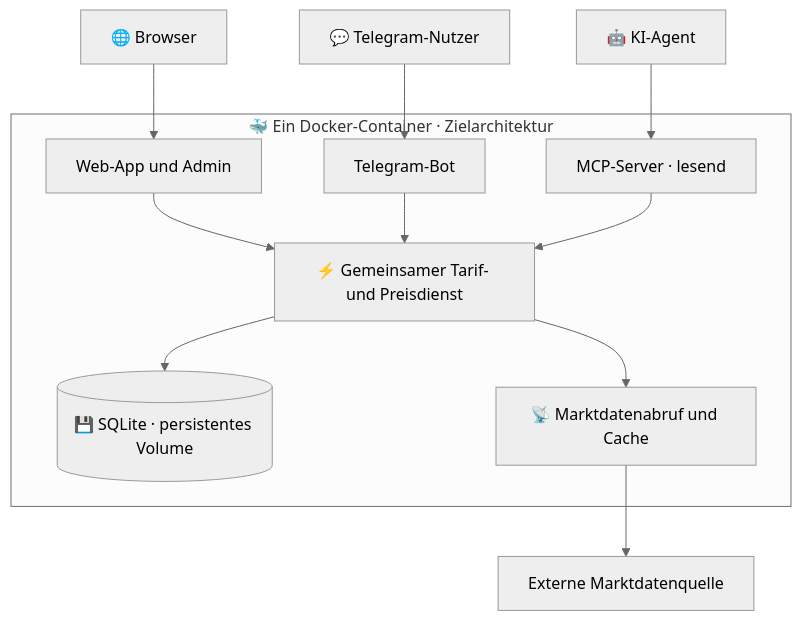
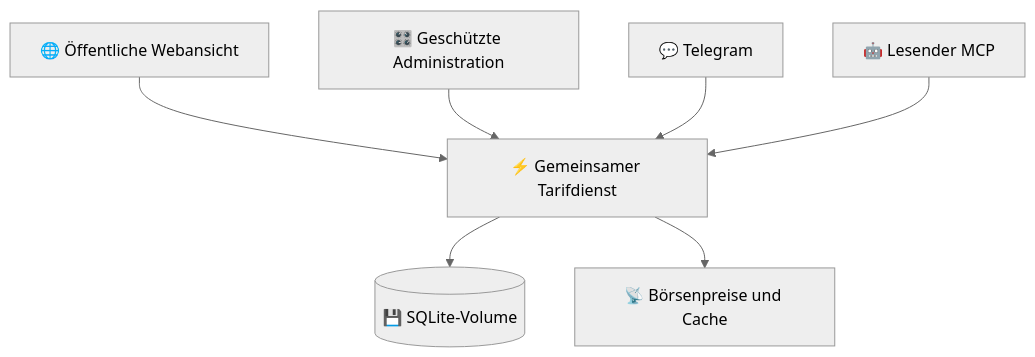
One commit to jbkunama1/hAI.FlexPowerInfo changed the diagram in README.md. Above: the diagram before and after it, drawn with Mermaid (neutral theme). The commit also changed other lines of this file and 12 other files, not shown here.

Commit message:
feat: simplify Telegram setup and add public price dashboard and MCP

````diff
--- a/README.md
+++ b/README.md
@@ -74,14 +40,9 @@
 ```mermaid
 flowchart TB
-  U[🌐 Browser] --> W
-  T[💬 Telegram-Nutzer] --> B
-  A[🤖 KI-Agent] --> M
-  subgraph C[🐳 Ein Docker-Container · Zielarchitektur]
-    W[Web-App und Admin] --> P[⚡ Gemeinsamer Tarif- und Preisdienst]
-    B[Telegram-Bot] --> P
-    M[MCP-Server · lesend] --> P
-    P --> D[(💾 SQLite · persistentes Volume)]
-    P --> R[📡 Marktdatenabruf und Cache]
-  end
-  R --> Q[Externe Marktdatenquelle]
+  W[🌐 Öffentliche Webansicht] --> P[⚡ Gemeinsamer Tarifdienst]
+  A[🎛️ Geschützte Administration] --> P
+  T[💬 Telegram] --> P
+  M[🤖 Lesender MCP] --> P
+  P --> D[(💾 SQLite-Volume)]
+  P --> B[📡 Börsenpreise und Cache]
 ```
````
